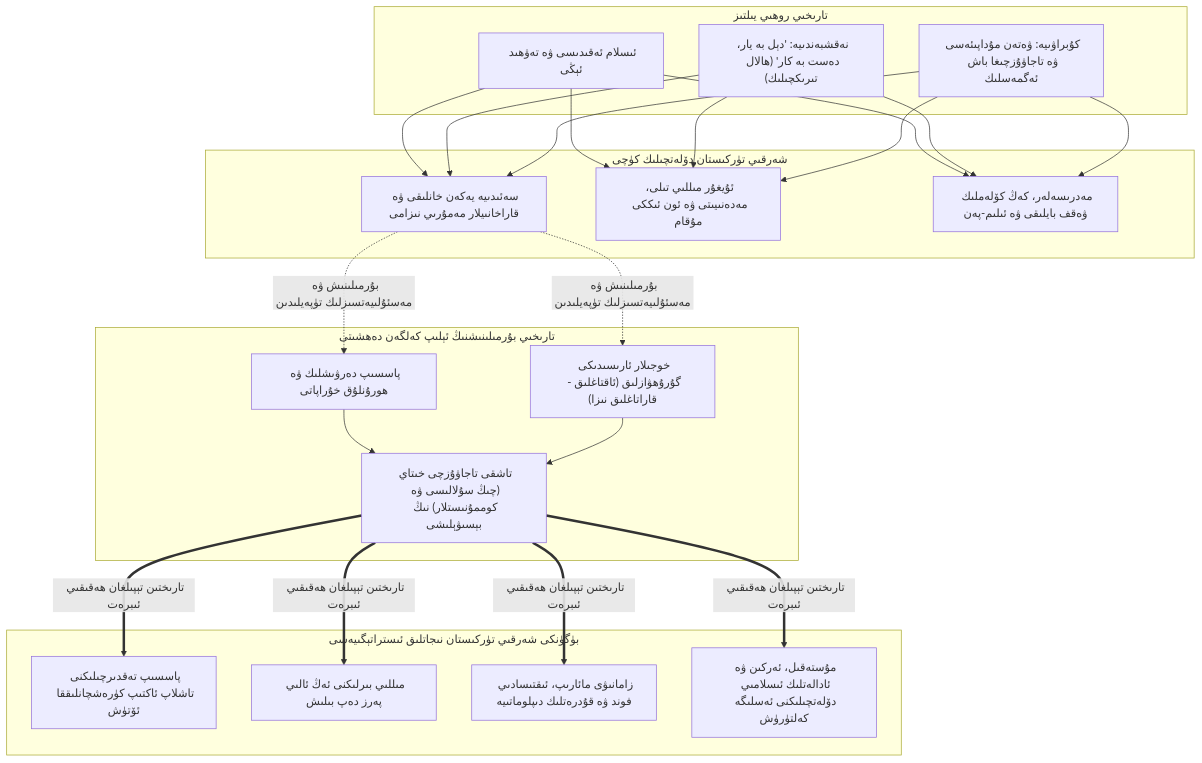
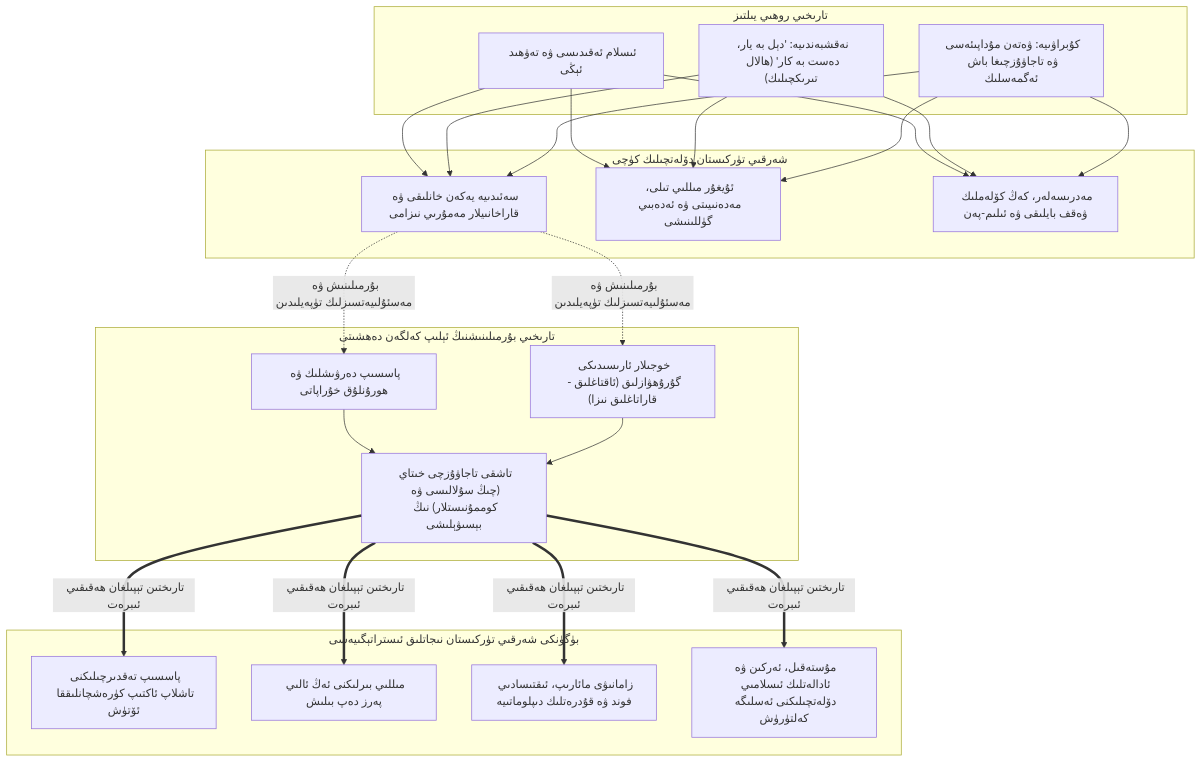
One commit to UyCoder/paydilar changed the first of 4 diagrams in _posts/2026-10-17-Tesewwuf-Doletchilik-We-Sherqiy-Turkistan.md. Above: the diagram before and after it, drawn with Mermaid. The commit also changed other lines of this file and 1 other file, not shown here.

````diff
--- a/_posts/2026-10-17-Tesewwuf-Doletchilik-We-Sherqiy-Turkistan.md
+++ b/_posts/2026-10-17-Tesewwuf-Doletchilik-We-Sherqiy-Turkistan.md
@@ -32,32 +39,32 @@
 ```mermaid
 flowchart TD
     subgraph A["تارىخىي روھىي يىلتىز"]
         A1["ئىسلام ئەقىدىسى ۋە تەۋھىد ئېڭى"]
         A2["نەقشبەندىيە: 'دېل بە يار، دەست بە كار' (ھالال تىرىكچىلىك)"]
         A3["كۇبراۋىيە: ۋەتەن مۇداپىئەسى ۋە تاجاۋۇزچىغا باش ئەگمەسلىك"]
     end
 
     subgraph B["شەرقىي تۈركىستان دۆلەتچىلىك كۈچى"]
         B1["سەئىدىيە يەكەن خانلىقى ۋە قاراخانىيلار مەمۇرىي نىزامى"]
-        B2["ئۇيغۇر مىللىي تىلى، مەدەنىيىتى ۋە ئون ئىككى مۇقام"]
+        B2["ئۇيغۇر مىللىي تىلى، مەدەنىيىتى ۋە ئەدەبىي گۈللىنىشى"]
         B3["مەدرىسەلەر، كەڭ كۆلەملىك ۋەقف بايلىقى ۋە ئىلىم-پەن"]
     end
 
     subgraph C["تارىخىي بۇرمىلىنىشنىڭ ئېلىپ كەلگەن دەھشىتى"]
         C1["پاسسىپ دەرۋىشلىك ۋە ھورۇنلۇق خۇراپاتى"]
         C2["خوجىلار ئارىسىدىكى گۇرۇھۋازلىق (ئاقتاغلىق - قاراتاغلىق نىزا)"]
         C3["تاشقى تاجاۋۇزچى خىتاي (چىڭ سۇلالىسى ۋە كوممۇنىستلار) نىڭ بېسىۋېلىشى"]
     end
 
     subgraph D["بۈگۈنكى شەرقىي تۈركىستان نىجاتلىق ئىستراتېگىيەسى"]
         D1["پاسسىپ تەقدىرچىلىكنى تاشلاپ ئاكتىپ كۈرەشچانلىققا ئۆتۈش"]
         D2["مىللىي بىرلىكنى ئەڭ ئالىي پەرز دەپ بىلىش"]
         D3["زامانىۋى مائارىپ، ئىقتىسادىي فوند ۋە قۇدرەتلىك دىپلوماتىيە"]
         D4["مۇستەقىل، ئەركىن ۋە ئادالەتلىك ئىسلامىي دۆلەتچىلىكنى ئەسلىگە كەلتۈرۈش"]
     end
 
     A1 & A2 & A3 --> B1 & B2 & B3
     B1 -.->|"بۇرمىلىنىش ۋە مەسئۇلىيەتسىزلىك تۈپەيلىدىن"| C1 & C2
     C1 & C2 --> C3
     C3 ==>|"تارىختىن تېپىلغان ھەقىقىي ئىبرەت"| D1 & D2 & D3 & D4
 ```
````
